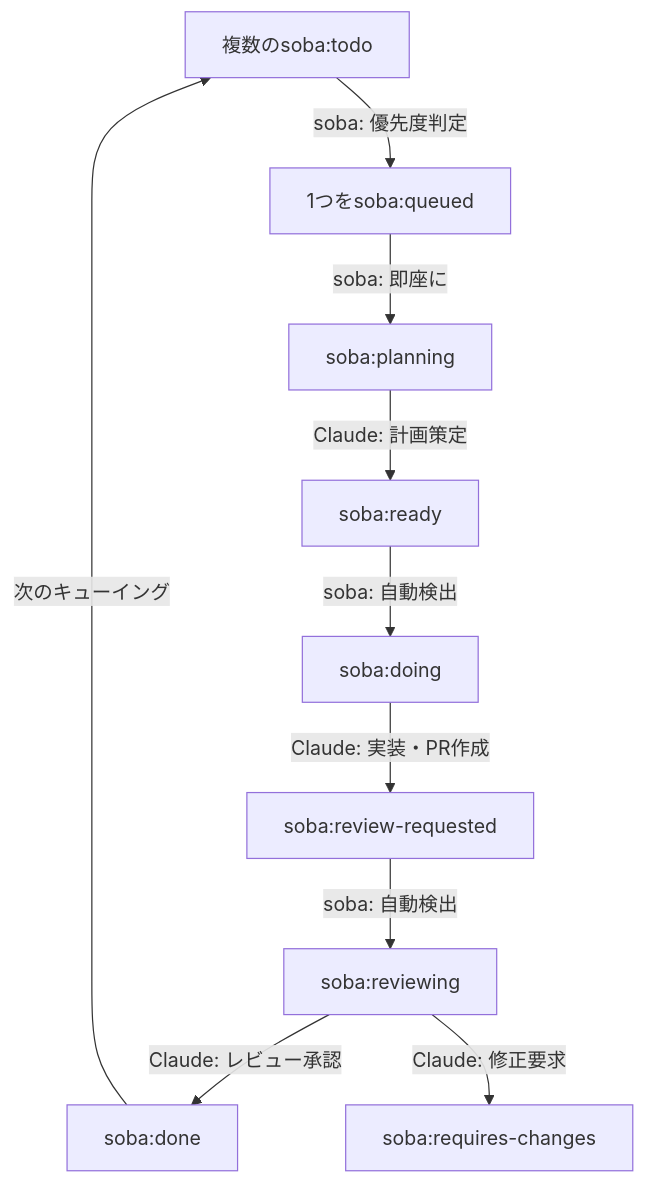
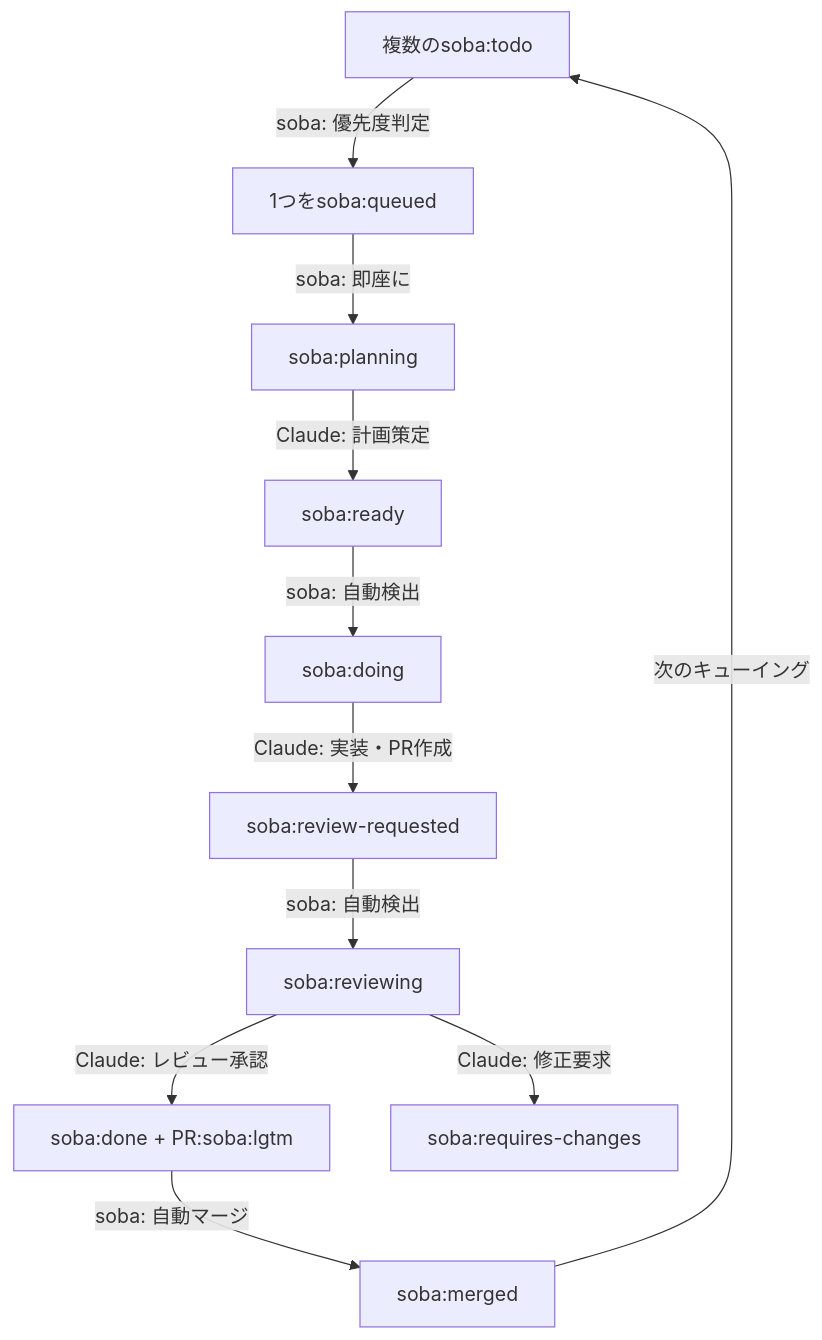
The diagram in docs/business/workflow.md (douhashi/soba-cli), drawn with Mermaid before and after one commit. The commit also changed other lines of this file and 1 other file, not shown here.

Commit message:
add soba:lgtm

````diff
--- a/docs/business/workflow.md
+++ b/docs/business/workflow.md
@@ -9,12 +9,13 @@
 ```mermaid
 graph TD
     A[複数のsoba:todo] -->|soba: 優先度判定| B[1つをsoba:queued]
     B -->|soba: 即座に| C[soba:planning]
     C -->|Claude: 計画策定| D[soba:ready]
     D -->|soba: 自動検出| E[soba:doing]
     E -->|Claude: 実装・PR作成| F[soba:review-requested]
     F -->|soba: 自動検出| G[soba:reviewing]
-    G -->|Claude: レビュー承認| H[soba:done]
+    G -->|Claude: レビュー承認| H[soba:done + PR:soba:lgtm]
     G -->|Claude: 修正要求| I[soba:requires-changes]
-    H -->|次のキューイング| A
+    H -->|soba: 自動マージ| J[soba:merged]
+    J -->|次のキューイング| A
 ```
````
